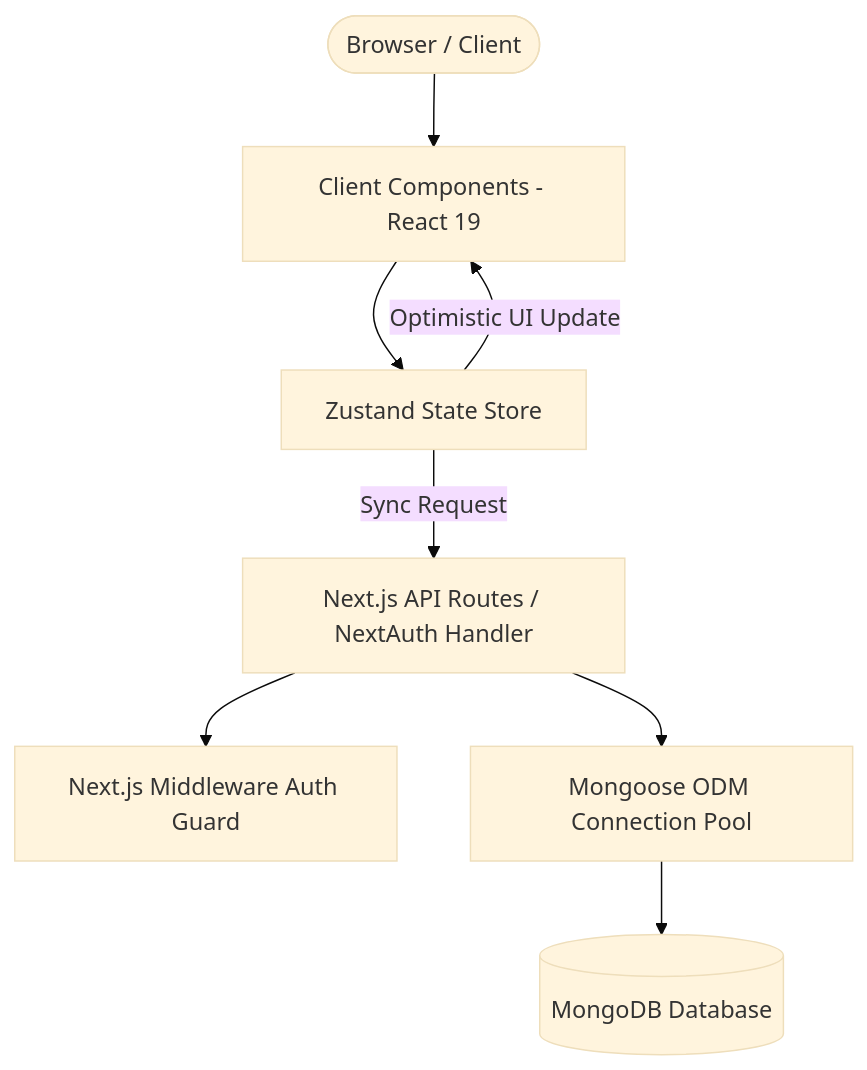
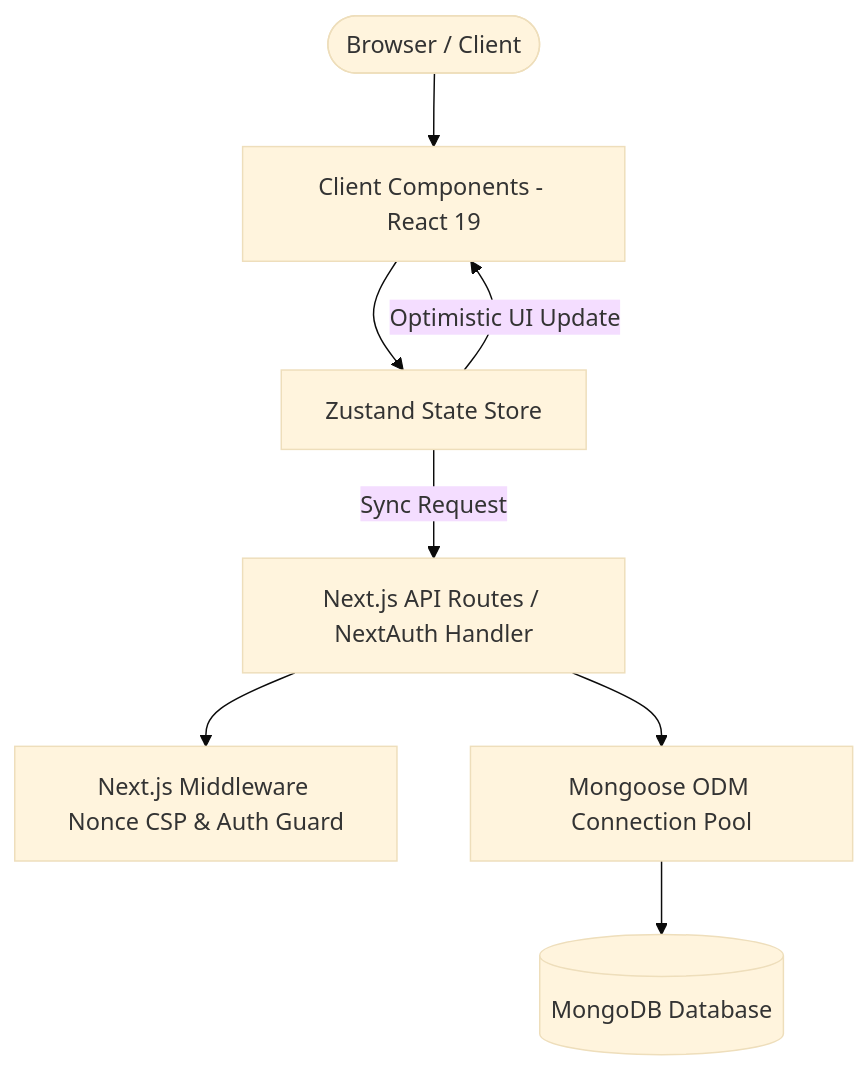
One commit to danilodlisboa/trilho changed the first of 2 diagrams in docs/ARCHITECTURE.md. Above: the diagram before and after it, drawn with Mermaid (base theme). The commit also changed other lines of this file and 8 other files, not shown here.

````diff
--- a/docs/ARCHITECTURE.md
+++ b/docs/ARCHITECTURE.md
@@ -11,10 +11,10 @@
 ```mermaid
 graph TD
     User([Browser / Client]) --> UI[Client Components - React 19]
     UI --> Store[Zustand State Store]
     Store -- Optimistic UI Update --> UI
     Store -- Sync Request --> API[Next.js API Routes / NextAuth Handler]
-    API --> Middleware[Next.js Middleware Auth Guard]
+    API --> Middleware[Next.js Middleware Nonce CSP & Auth Guard]
     API --> Mongoose[Mongoose ODM Connection Pool]
     Mongoose --> MongoDB[(MongoDB Database)]
 ```
````
